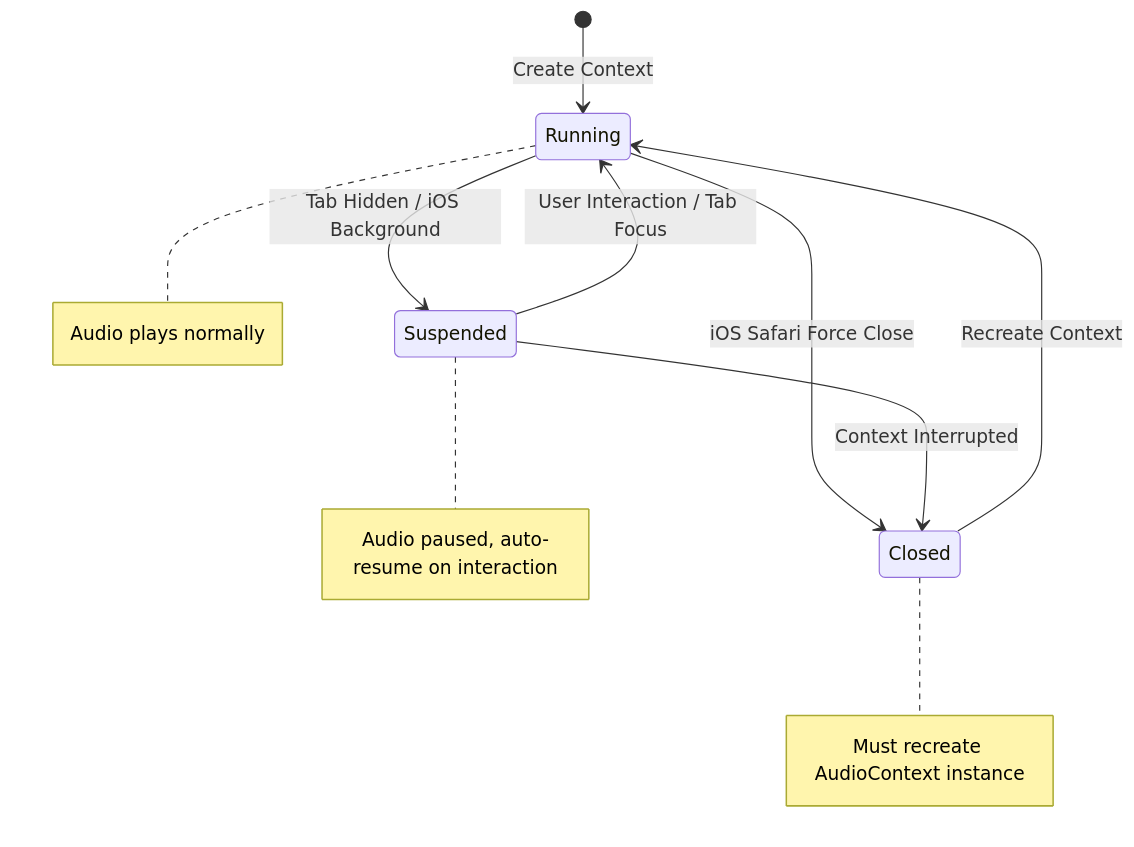
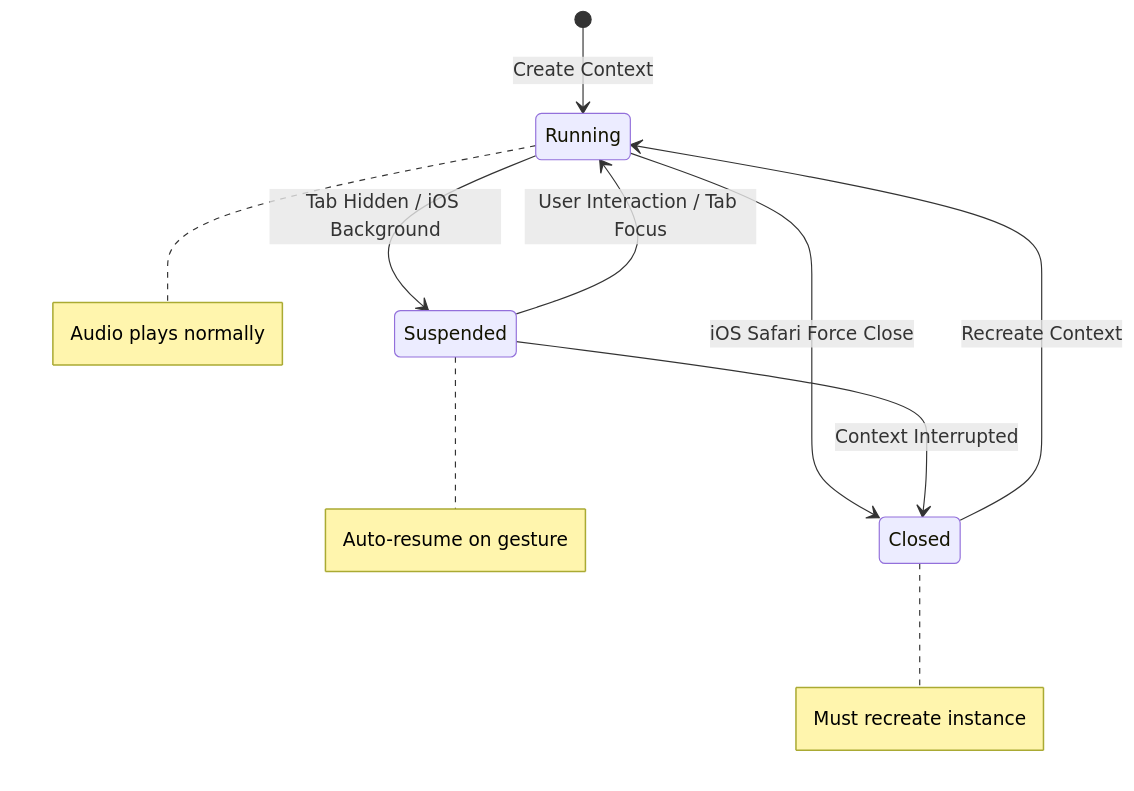
The second of 3 diagrams in docs/6-audio-system.md (ryokun6/ryos), drawn with Mermaid before and after one commit. The commit also changed other lines of this file and 54 other files, not shown here.

````diff
--- a/docs/6-audio-system.md
+++ b/docs/6-audio-system.md
@@ -122,13 +58,13 @@
 ```mermaid
 stateDiagram-v2
     [*] --> Running: Create Context
     Running --> Suspended: Tab Hidden / iOS Background
     Suspended --> Running: User Interaction / Tab Focus
     Running --> Closed: iOS Safari Force Close
     Closed --> Running: Recreate Context
     Suspended --> Closed: Context Interrupted
     
     note right of Running: Audio plays normally
-    note right of Suspended: Audio paused, auto-resume on interaction
-    note right of Closed: Must recreate AudioContext instance
+    note right of Suspended: Auto-resume on gesture
+    note right of Closed: Must recreate instance
 ```
````
